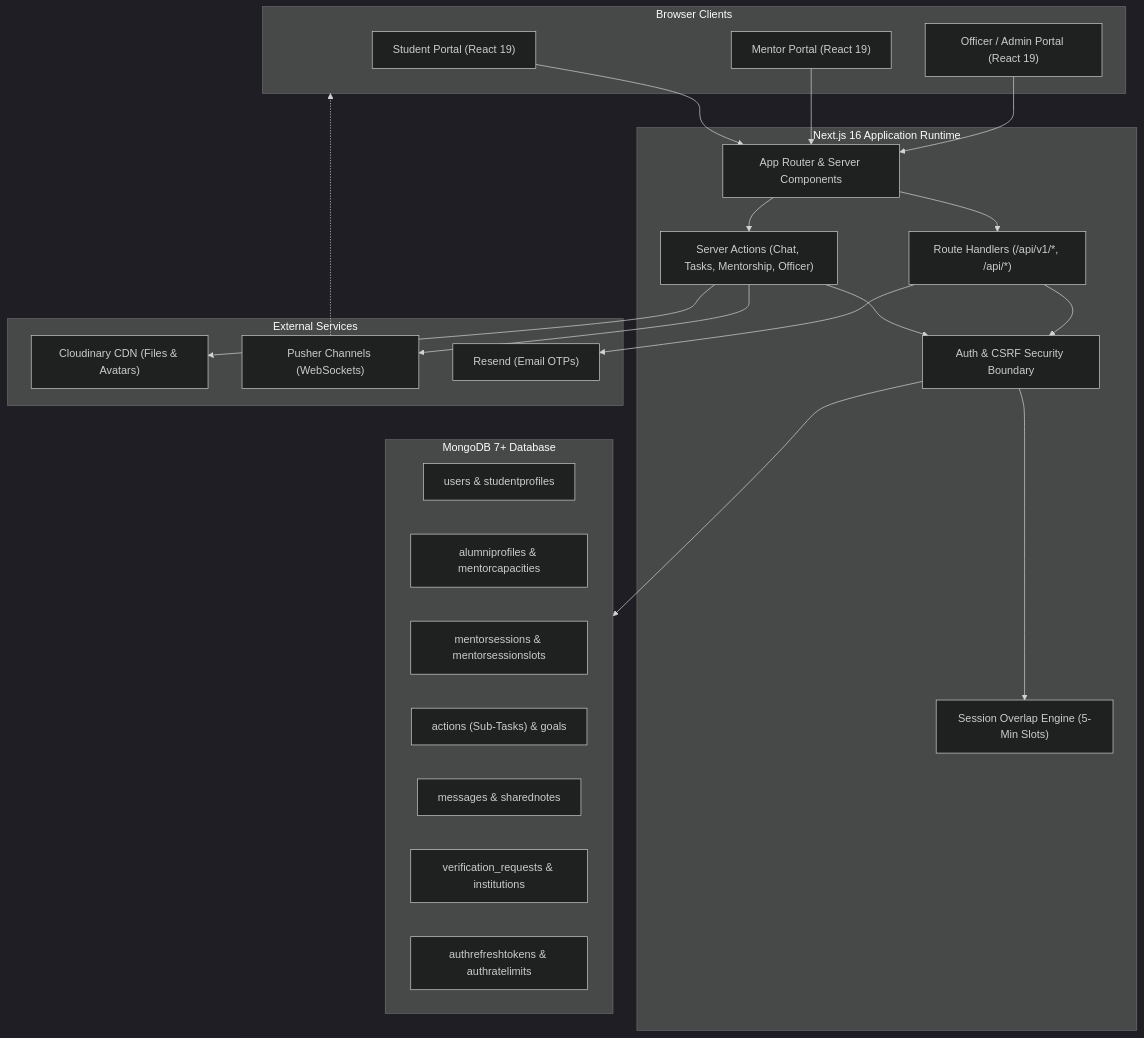
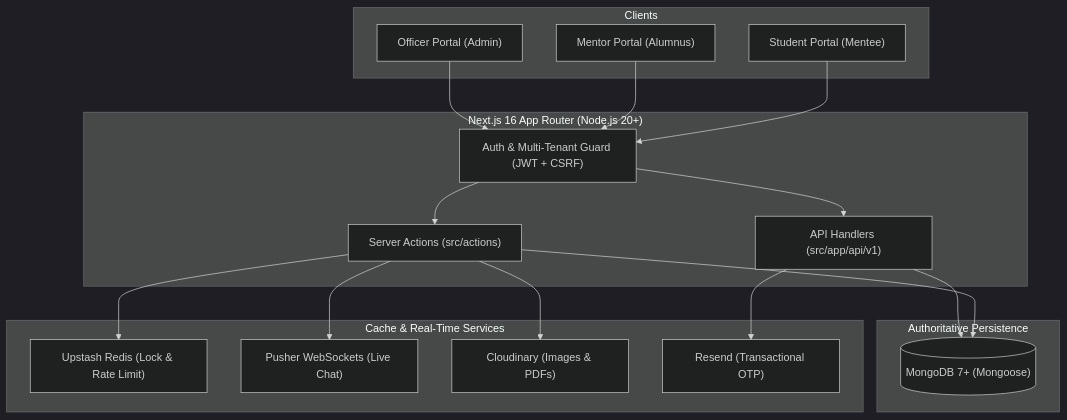
One commit to ayuush224/Alumini-Mentorship-and-Career-Network changed the first of 6 diagrams in README.md. Above: the diagram before and after it, drawn with Mermaid (dark theme). The commit also changed other lines of this file and 67 other files, not shown here.

Commit message:
refactor project folder architecture and publish comprehensive documentation

````diff
--- a/README.md
+++ b/README.md
@@ -126,46 +119,40 @@
 ```mermaid
 flowchart TD
-    subgraph Clients["Browser Clients"]
-        SC["Student Portal (React 19)"]
-        MC["Mentor Portal (React 19)"]
-        AC["Officer / Admin Portal (React 19)"]
+    subgraph Clients["Clients"]
+        StudentBrowser["Student Portal (Mentee)"]
+        MentorBrowser["Mentor Portal (Alumnus)"]
+        OfficerBrowser["Officer Portal (Admin)"]
     end
 
-    subgraph AppServer["Next.js 16 Application Runtime"]
-        AR["App Router & Server Components"]
-        SA["Server Actions (Chat, Tasks, Mentorship, Officer)"]
-        RH["Route Handlers (/api/v1/*, /api/*)"]
-        SEC["Auth & CSRF Security Boundary"]
-        SS["Session Overlap Engine (5-Min Slots)"]
+    subgraph AppLayer["Next.js 16 App Router (Node.js 20+)"]
+        AuthGuard["Auth & Multi-Tenant Guard (JWT + CSRF)"]
+        ServerActions["Server Actions (src/actions)"]
+        RouteHandlers["API Handlers (src/app/api/v1)"]
     end
 
-    subgraph Database["MongoDB 7+ Database"]
-        U["users & studentprofiles"]
-        AP["alumniprofiles & mentorcapacities"]
-        MS["mentorsessions & mentorsessionslots"]
-        ACT["actions (Sub-Tasks) & goals"]
-        MSG["messages & sharednotes"]
-        VR["verification_requests & institutions"]
-        TTL["authrefreshtokens & authratelimits"]
+    subgraph CacheAndServices["Cache & Real-Time Services"]
+        RedisLock["Upstash Redis (Lock & Rate Limit)"]
+        PusherSockets["Pusher WebSockets (Live Chat)"]
+        CloudinaryCDN["Cloudinary (Images & PDFs)"]
+        ResendMail["Resend (Transactional OTP)"]
     end
 
-    subgraph ThirdParty["External Services"]
-        CLD["Cloudinary CDN (Files & Avatars)"]
-        PSH["Pusher Channels (WebSockets)"]
-        RSN["Resend (Email OTPs)"]
+    subgraph Persistence["Authoritative Persistence"]
+        MongoDBDatabase[("MongoDB 7+ (Mongoose)")]
     end
 
-    SC --> AR
-    MC --> AR
-    AC --> AR
-    AR --> SA
-    AR --> RH
-    SA --> SEC
-    RH --> SEC
-    SEC --> SS
-    SEC --> Database
-    SA --> PSH
-    SA --> CLD
-    RH --> RSN
-    PSH -.-> Clients
+    StudentBrowser --> AuthGuard
+    MentorBrowser --> AuthGuard
+    OfficerBrowser --> AuthGuard
+
+    AuthGuard --> ServerActions
+    AuthGuard --> RouteHandlers
+
+    ServerActions --> RedisLock
+    ServerActions --> MongoDBDatabase
+    ServerActions --> PusherSockets
+    ServerActions --> CloudinaryCDN
+
+    RouteHandlers --> ResendMail
+    RouteHandlers --> MongoDBDatabase
 ```
````
